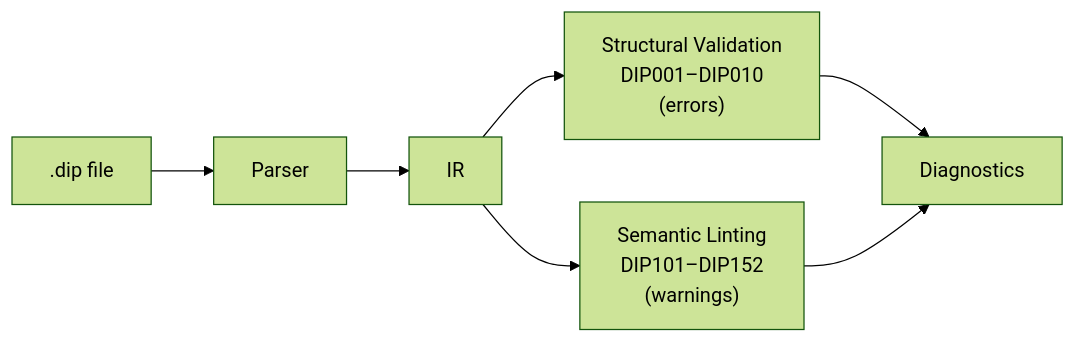
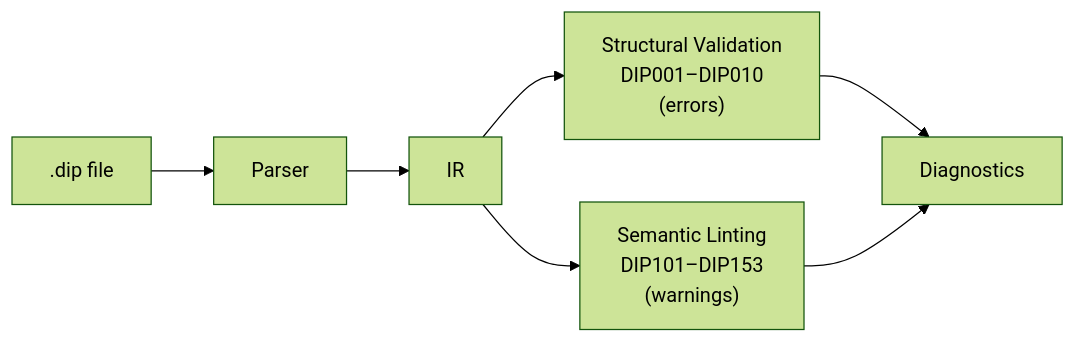
One commit to 2389-research/dippin-lang changed the diagram in docs/validation.md. Above: the diagram before and after it, drawn with Mermaid (forest theme). The commit also changed other lines of this file and 13 other files, not shown here.

````diff
--- a/docs/validation.md
+++ b/docs/validation.md
@@ -10,9 +10,9 @@
 ```mermaid
 graph LR
     SRC[".dip file"] --> PARSE["Parser"]
     PARSE --> IR["IR"]
     IR --> VAL["Structural Validation<br>DIP001–DIP010<br>(errors)"]
-    IR --> LINT["Semantic Linting<br>DIP101–DIP152<br>(warnings)"]
+    IR --> LINT["Semantic Linting<br>DIP101–DIP153<br>(warnings)"]
     VAL --> DIAG["Diagnostics"]
     LINT --> DIAG
 ```
````
